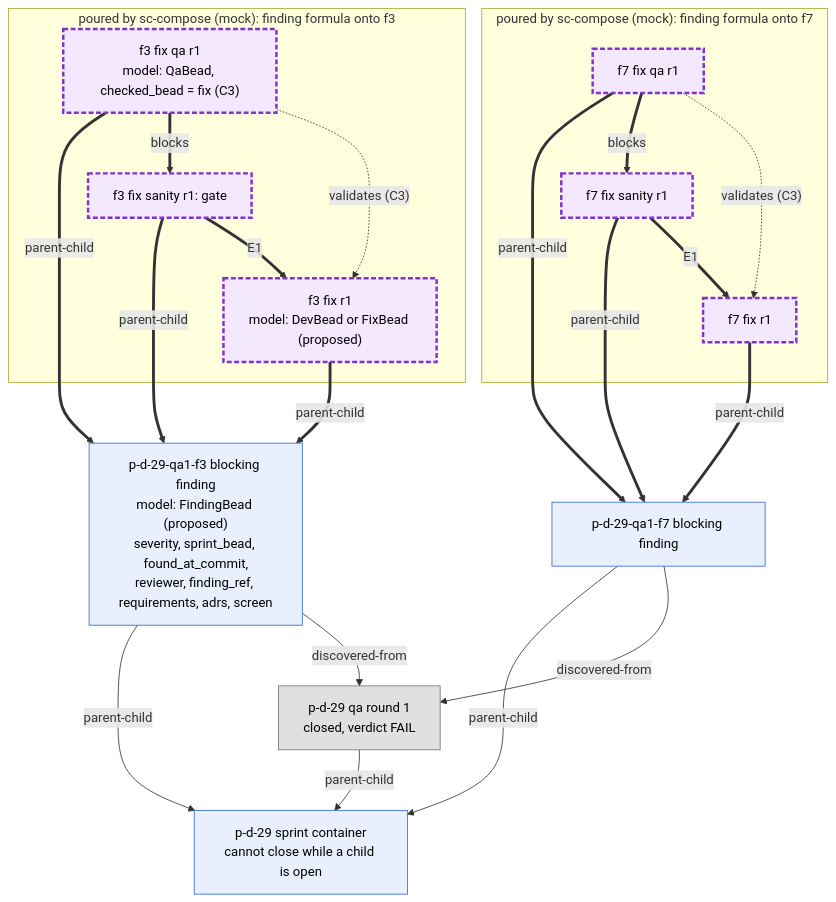
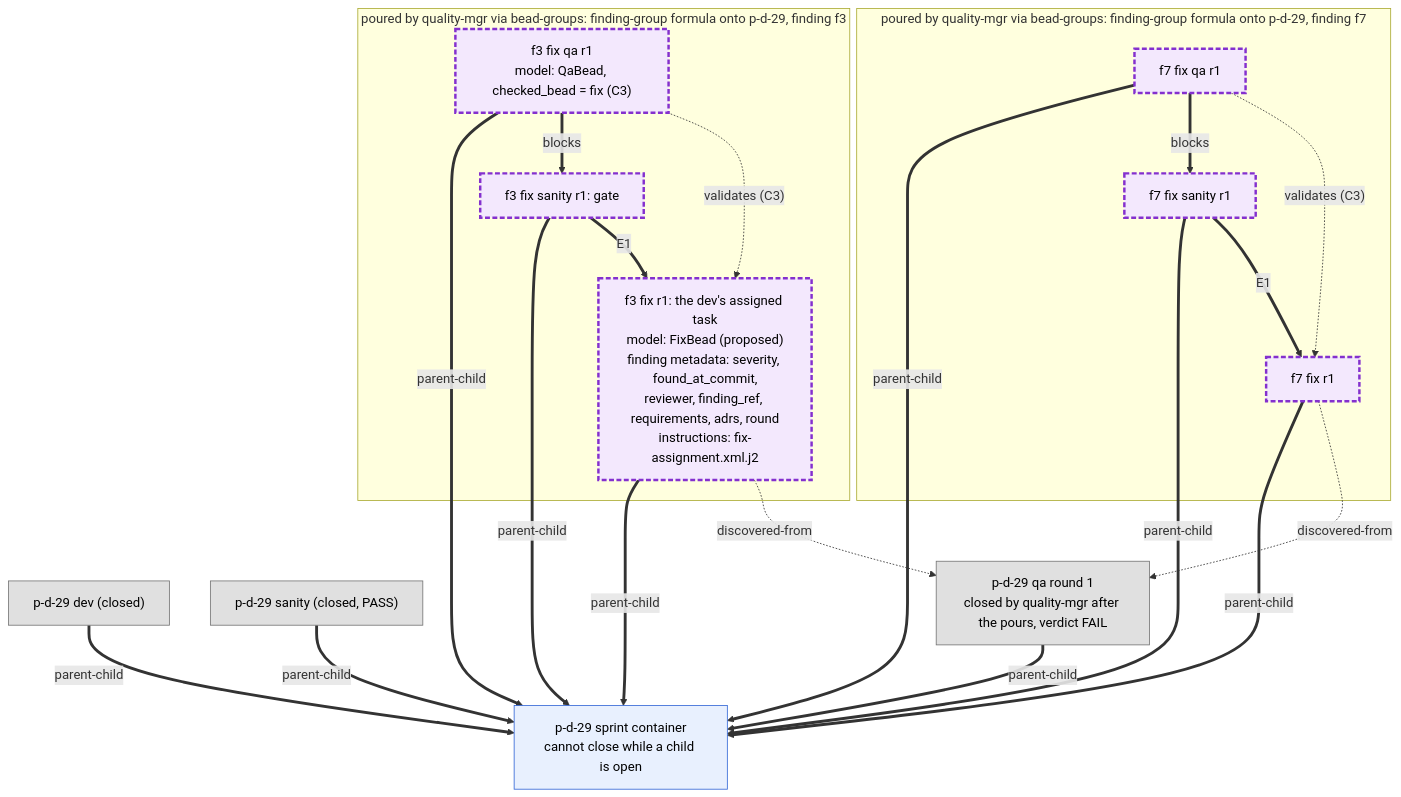
One commit to randlee/atm-bd-orchestration changed the second of 4 diagrams in docs/diagrams/04-sprint-to-be.md. Above: the diagram before and after it, drawn with Mermaid. The commit also changed other lines of this file and 6 other files, not shown here.

First line of the commit message:
docs: apply Rand's 2026-10-03 flat fix model to the bead diagrams

````diff
--- a/docs/diagrams/04-sprint-to-be.md
+++ b/docs/diagrams/04-sprint-to-be.md
@@ -71,40 +99,40 @@
 ```mermaid
 flowchart TB
   classDef tmpl fill:#e8f0fe,stroke:#3367d6,color:#000
   classDef poured fill:#f3e8fd,stroke:#8430ce,stroke-width:3px,stroke-dasharray:6 3,color:#000
   classDef closed fill:#e0e0e0,stroke:#757575,color:#000
 
   SPR["p-d-29 sprint container<br/>cannot close while a child is open"]:::tmpl
-  QA["p-d-29 qa round 1<br/>closed, verdict FAIL"]:::closed
-  F3["p-d-29-qa1-f3 blocking finding<br/>model: FindingBead (proposed)<br/>severity, sprint_bead, found_at_commit,<br/>reviewer, finding_ref, requirements, adrs, screen"]:::tmpl
-  F7["p-d-29-qa1-f7 blocking finding"]:::tmpl
+  DEV["p-d-29 dev (closed)"]:::closed
+  SAN["p-d-29 sanity (closed, PASS)"]:::closed
+  QA["p-d-29 qa round 1<br/>closed by quality-mgr after the pours, verdict FAIL"]:::closed
 
-  subgraph POUR3["poured by sc-compose (mock): finding formula onto f3"]
-    FX3["f3 fix r1<br/>model: DevBead or FixBead (proposed)"]:::poured
+  subgraph POUR3["poured by quality-mgr via bead-groups: finding-group formula onto p-d-29, finding f3"]
+    FX3["f3 fix r1: the dev's assigned task<br/>model: FixBead (proposed)<br/>finding metadata: severity, found_at_commit,<br/>reviewer, finding_ref, requirements, adrs, round<br/>instructions: fix-assignment.xml.j2"]:::poured
     FS3["f3 fix sanity r1: gate"]:::poured
     FQ3["f3 fix qa r1<br/>model: QaBead, checked_bead = fix (C3)"]:::poured
   end
-  subgraph POUR7["poured by sc-compose (mock): finding formula onto f7"]
+  subgraph POUR7["poured by quality-mgr via bead-groups: finding-group formula onto p-d-29, finding f7"]
     FX7["f7 fix r1"]:::poured
     FS7["f7 fix sanity r1"]:::poured
     FQ7["f7 fix qa r1"]:::poured
   end
 
-  QA -->|parent-child| SPR
-  F3 -->|parent-child| SPR
-  F7 -->|parent-child| SPR
-  F3 -->|discovered-from| QA
-  F7 -->|discovered-from| QA
-  FX3 ==>|parent-child| F3
-  FS3 ==>|parent-child| F3
-  FQ3 ==>|parent-child| F3
+  DEV ==>|parent-child| SPR
+  SAN ==>|parent-child| SPR
+  QA ==>|parent-child| SPR
+  FX3 ==>|parent-child| SPR
+  FS3 ==>|parent-child| SPR
+  FQ3 ==>|parent-child| SPR
+  FX7 ==>|parent-child| SPR
+  FS7 ==>|parent-child| SPR
+  FQ7 ==>|parent-child| SPR
   FS3 ==>|"E1"| FX3
   FQ3 ==>|blocks| FS3
   FQ3 -.->|"validates (C3)"| FX3
-  FX7 ==>|parent-child| F7
-  FS7 ==>|parent-child| F7
-  FQ7 ==>|parent-child| F7
+  FX3 -.->|discovered-from| QA
   FS7 ==>|"E1"| FX7
   FQ7 ==>|blocks| FS7
   FQ7 -.->|"validates (C3)"| FX7
+  FX7 -.->|discovered-from| QA
 ```
````
